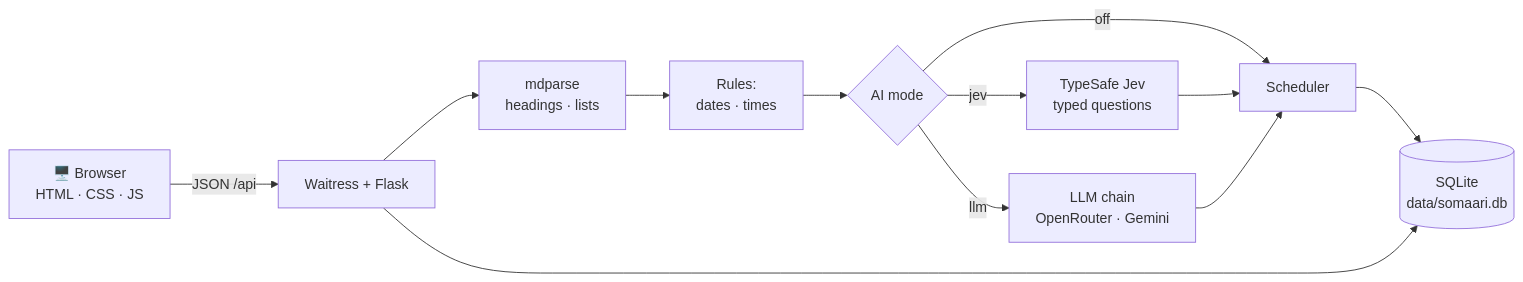
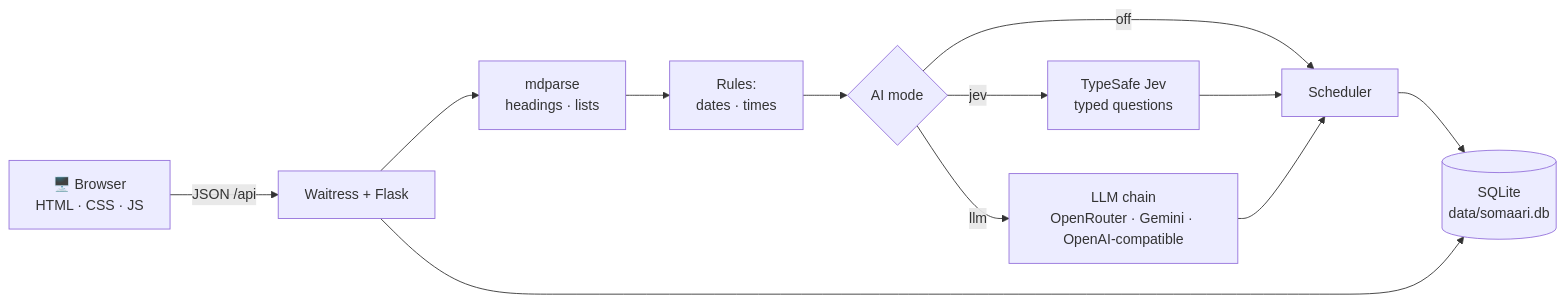
Before and after one commit to ashwinkrpi/somaari-plan: the diagram in README.md, drawn with Mermaid. The commit also changed 16 other files, not shown here.

````diff
--- a/README.md
+++ b/README.md
@@ -94,14 +94,14 @@
 ```mermaid
 flowchart LR
     B[🖥️ Browser<br/>HTML · CSS · JS] -- "JSON /api" --> W[Waitress + Flask]
     W --> P[mdparse<br/>headings · lists]
     P --> R[Rules:<br/>dates · times]
     R --> J{AI mode}
     J -- jev --> T[TypeSafe Jev<br/>typed questions]
-    J -- llm --> L[LLM chain<br/>OpenRouter · Gemini]
+    J -- llm --> L[LLM chain<br/>OpenRouter · Gemini · OpenAI-compatible]
     J -- off --> S
     T --> S[Scheduler]
     L --> S
     S --> D[(SQLite<br/>data/somaari.db)]
     W --> D
 ```
````
